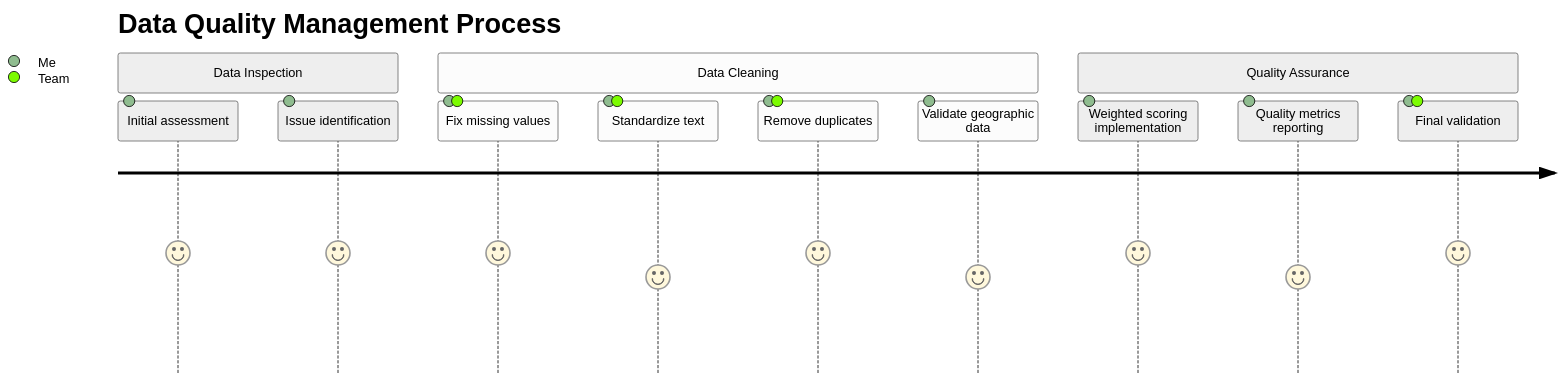
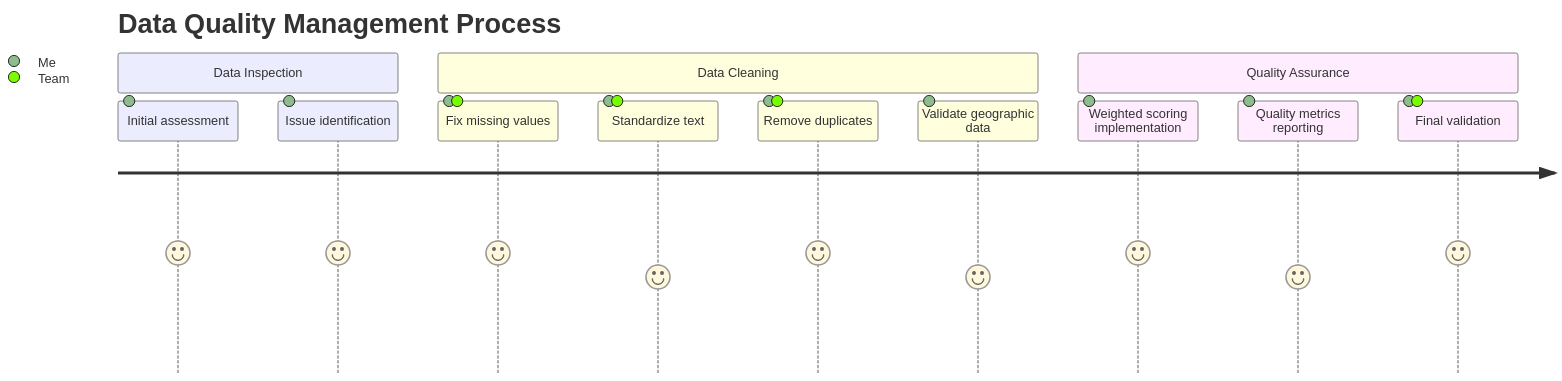
The ninth of 14 diagrams in us-household-income-analysis/README.md (tzolkowski96/tzolkowski96), drawn with Mermaid before and after one commit. The commit also changed other lines of this file, not shown here.

````diff
--- a/us-household-income-analysis/README.md
+++ b/us-household-income-analysis/README.md
@@ -782,17 +784,16 @@
 ```mermaid
-%%{init: {'theme': 'neutral', 'themeVariables': { 'fontSize': '16px' }}}%%
 journey
     title Data Quality Management Process
     section Data Inspection
         Initial assessment: 5: Me
         Issue identification: 5: Me
     section Data Cleaning
         Fix missing values: 5: Me, Team
         Standardize text: 4: Me, Team
         Remove duplicates: 5: Me, Team
         Validate geographic data: 4: Me
     section Quality Assurance
         Weighted scoring implementation: 5: Me
         Quality metrics reporting: 4: Me
         Final validation: 5: Me, Team
 ```
````
